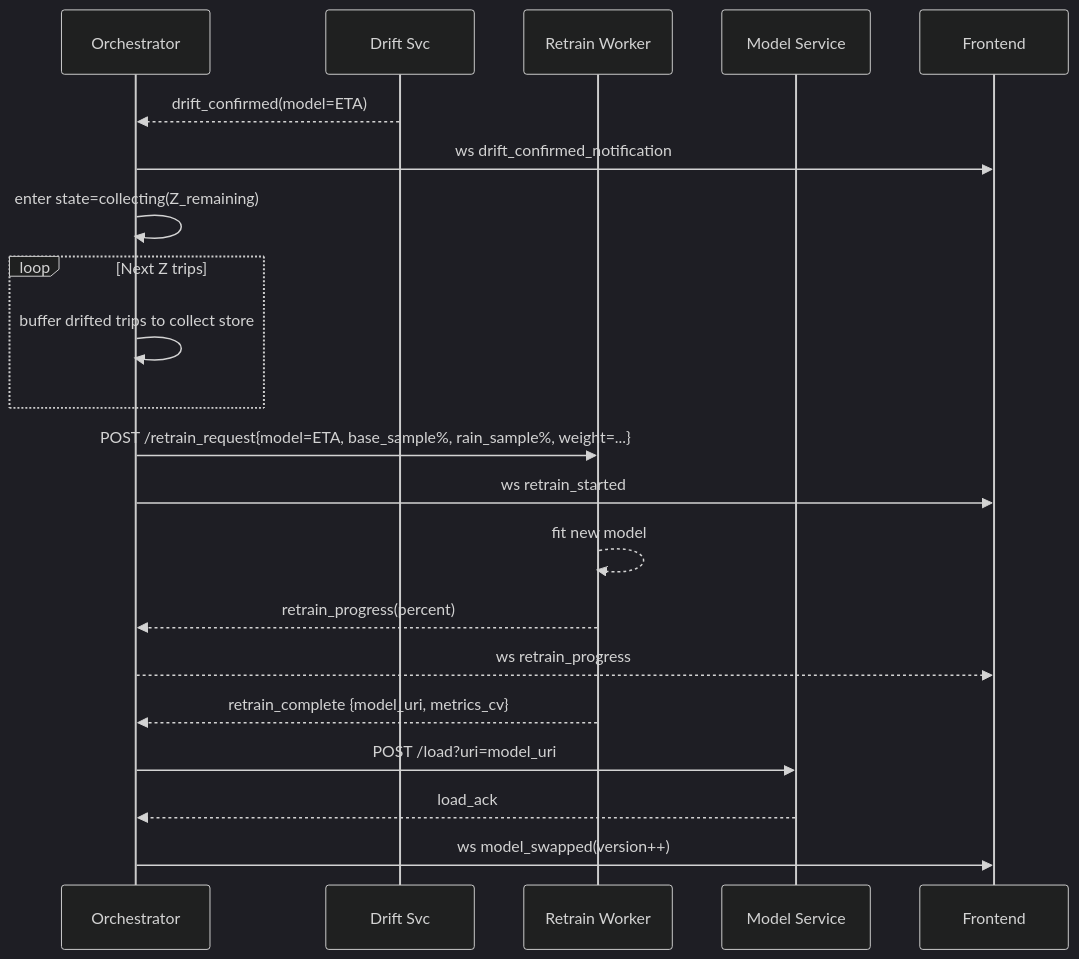
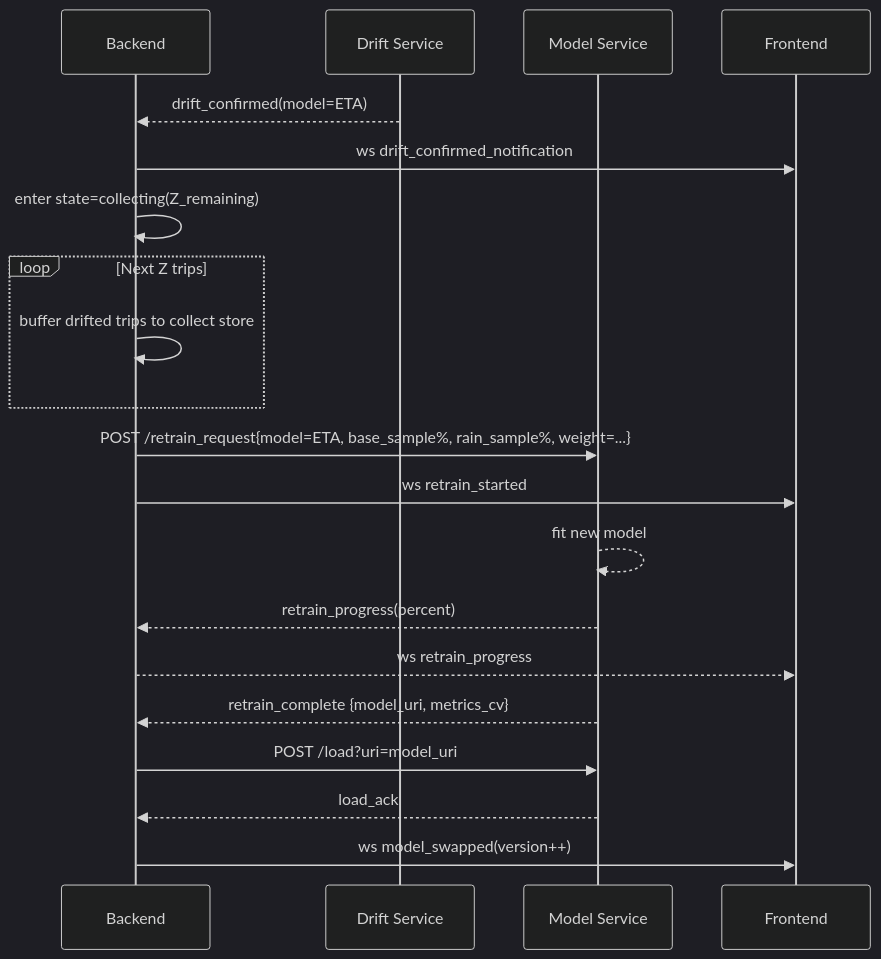
Before and after one commit to geokyr/diploma-thesis: the third of 3 diagrams in platform.md, drawn with Mermaid (dark theme). The commit also changed other lines of this file, not shown here.

````diff
--- a/platform.md
+++ b/platform.md
@@ -109,24 +102,23 @@
 ```mermaid
 sequenceDiagram
-    participant OR as Orchestrator
-    participant Drift as Drift Svc
-    participant Train as Retrain Worker
-    participant Mx as Model Service
+    participant BE as Backend
+    participant DR as Drift Service
+    participant MO as Model Service
     participant UI as Frontend
 
-    Drift-->>OR: drift_confirmed(model=ETA)
-    OR->>UI: ws drift_confirmed_notification
-    OR->>OR: enter state=collecting(Z_remaining)
+    DR-->>BE: drift_confirmed(model=ETA)
+    BE->>UI: ws drift_confirmed_notification
+    BE->>BE: enter state=collecting(Z_remaining)
     loop Next Z trips
-        OR->>OR: buffer drifted trips to collect store
+        BE->>BE: buffer drifted trips to collect store
     end
-    OR->>Train: POST /retrain_request{model=ETA, base_sample%, rain_sample%, weight=...}
-    OR->>UI: ws retrain_started
-    Train-->>Train: fit new model
-    Train-->>OR: retrain_progress(percent)
-    OR-->>UI: ws retrain_progress
-    Train-->>OR: retrain_complete {model_uri, metrics_cv}
-    OR->>Mx: POST /load?uri=model_uri
-    Mx-->>OR: load_ack
-    OR->>UI: ws model_swapped(version++)
+    BE->>MO: POST /retrain_request{model=ETA, base_sample%, rain_sample%, weight=...}
+    BE->>UI: ws retrain_started
+    MO-->>MO: fit new model
+    MO-->>BE: retrain_progress(percent)
+    BE-->>UI: ws retrain_progress
+    MO-->>BE: retrain_complete {model_uri, metrics_cv}
+    BE->>MO: POST /load?uri=model_uri
+    MO-->>BE: load_ack
+    BE->>UI: ws model_swapped(version++)
 ```
````
